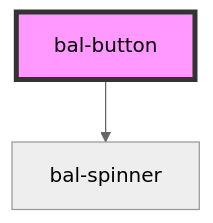
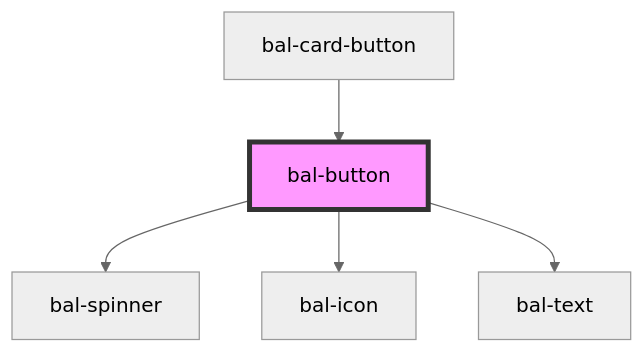
One commit to baloise/ui-library-next changed the diagram in packages/ui-library-next/src/components/button/readme.md. Above: the diagram before and after it, drawn with Mermaid (neutral theme). The commit also changed other lines of this file and 45 other files, not shown here.

````diff
--- a/packages/ui-library-next/src/components/button/readme.md
+++ b/packages/ui-library-next/src/components/button/readme.md
@@ -121,5 +117,8 @@
 ```mermaid
 graph TD;
   bal-button --> bal-spinner
+  bal-button --> bal-icon
+  bal-button --> bal-text
+  bal-card-button --> bal-button
   style bal-button fill:#f9f,stroke:#333,stroke-width:4px
 ```
````
